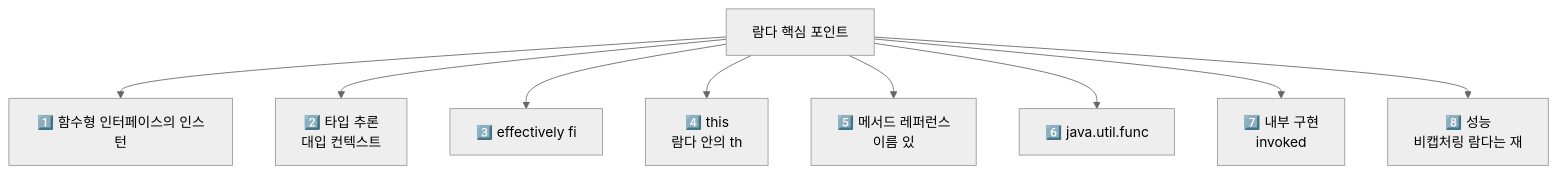
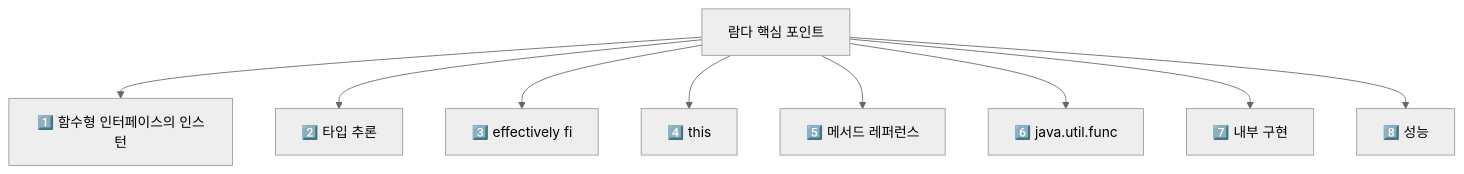
The fourth of 4 diagrams in _posts/java/2026-05-01-java-lambda.md (yjkim2015/yjkim2015.github.io), drawn with Mermaid (neutral theme) before and after one commit. The commit also changed other lines of this file and 217 other files, not shown here.

First line of the commit message:
Mermaid 크기 수정: useMaxWidth:true + SVG max-width:100% + 라벨 축소

````diff
--- a/_posts/java/2026-05-01-java-lambda.md
+++ b/_posts/java/2026-05-01-java-lambda.md
@@ -802,11 +802,11 @@
 ```mermaid
 graph TD
     A["람다 핵심 포인트"] --> B["1️⃣ 함수형 인터페이스의 인스턴"]
-    A --> C["2️⃣ 타입 추론\n대입 컨텍스트"]
+    A --> C["2️⃣ 타입 추론"]
     A --> D["3️⃣ effectively fi"]
-    A --> E["4️⃣ this\n람다 안의 th"]
-    A --> F["5️⃣ 메서드 레퍼런스\n이름 있"]
+    A --> E["4️⃣ this"]
+    A --> F["5️⃣ 메서드 레퍼런스"]
     A --> G["6️⃣ java.util.func"]
-    A --> H["7️⃣ 내부 구현\ninvoked"]
-    A --> I["8️⃣ 성능\n비캡처링 람다는 재"]
+    A --> H["7️⃣ 내부 구현"]
+    A --> I["8️⃣ 성능"]
 ```
````
